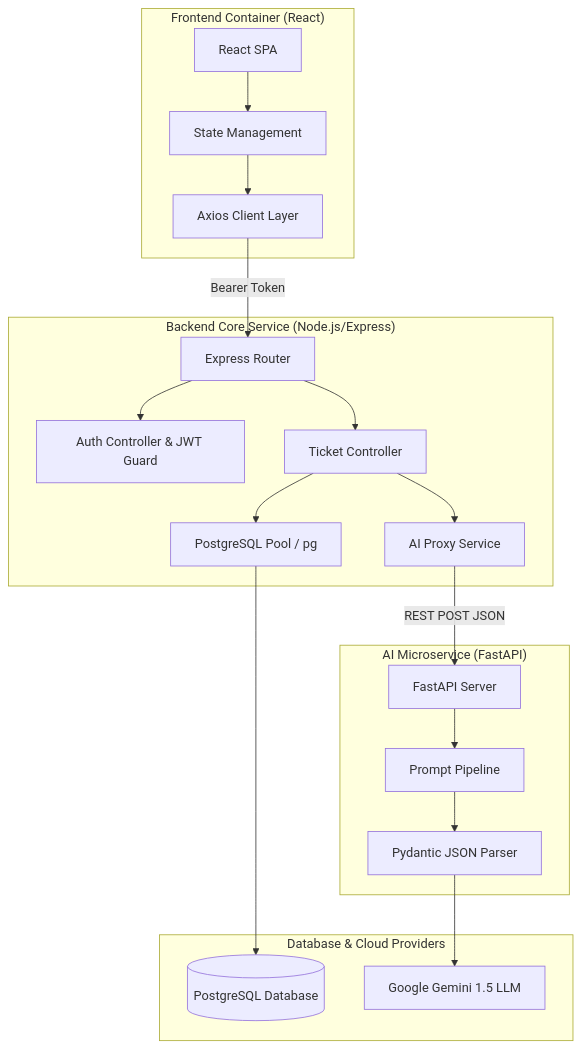
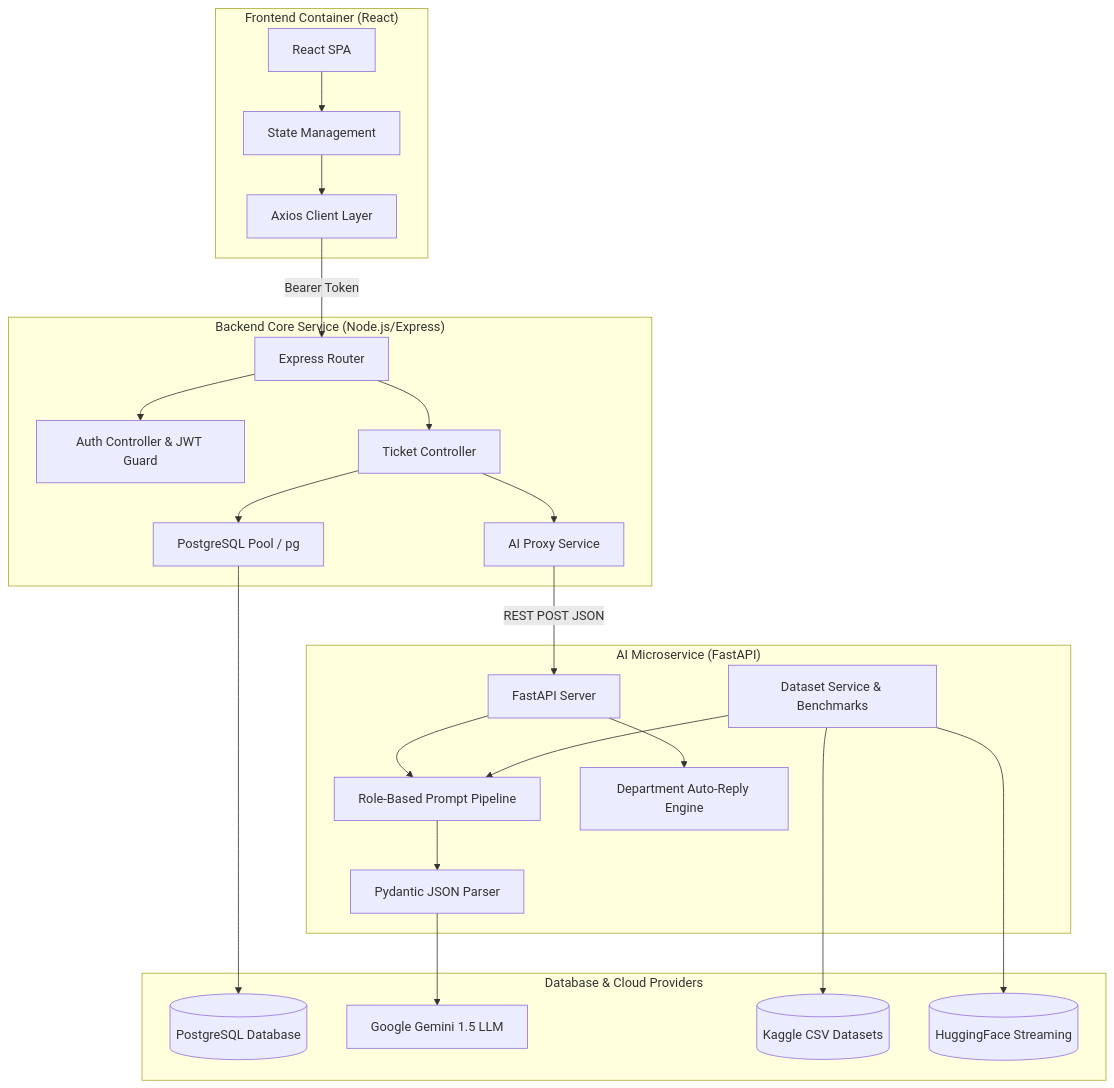
The first of 3 diagrams in README.md (ByteLounge/SupportSenseAI), drawn with Mermaid before and after one commit. The commit also changed other lines of this file and 19 other files, not shown here.

Commit message:
feat: add 40-line role-based prompts, Kaggle/HuggingFace dataset benchmarks, and department auto-replies

````diff
--- a/README.md
+++ b/README.md
@@ -104,42 +148,50 @@
 ```mermaid
 graph TB
     subgraph "Frontend Container (React)"
         UI[React SPA]
         RQ[State Management]
         AX[Axios Client Layer]
         UI --> RQ
         RQ --> AX
     end
 
     subgraph "Backend Core Service (Node.js/Express)"
         API[Express Router]
         AUTH[Auth Controller & JWT Guard]
         TICK[Ticket Controller]
         AI_GATE[AI Proxy Service]
         DB_MOD[PostgreSQL Pool / pg]
 
         AX -->|Bearer Token| API
         API --> AUTH
         API --> TICK
         TICK --> AI_GATE
         TICK --> DB_MOD
     end
 
     subgraph "AI Microservice (FastAPI)"
         FAST[FastAPI Server]
-        PROMPT[Prompt Pipeline]
+        PROMPT[Role-Based Prompt Pipeline]
+        DATASET[Dataset Service & Benchmarks]
+        AUTO_REP[Department Auto-Reply Engine]
         PARSER[Pydantic JSON Parser]
 
         AI_GATE -->|REST POST JSON| FAST
         FAST --> PROMPT
+        FAST --> AUTO_REP
+        DATASET --> PROMPT
         PROMPT --> PARSER
     end
 
     subgraph "Database & Cloud Providers"
         PG[(PostgreSQL Database)]
         GEMINI[Google Gemini 1.5 LLM]
+        KAGGLE[(Kaggle CSV Datasets)]
+        HF[(HuggingFace Streaming)]
 
         DB_MOD --> PG
         PARSER --> GEMINI
+        DATASET --> KAGGLE
+        DATASET --> HF
     end
 ```
````
